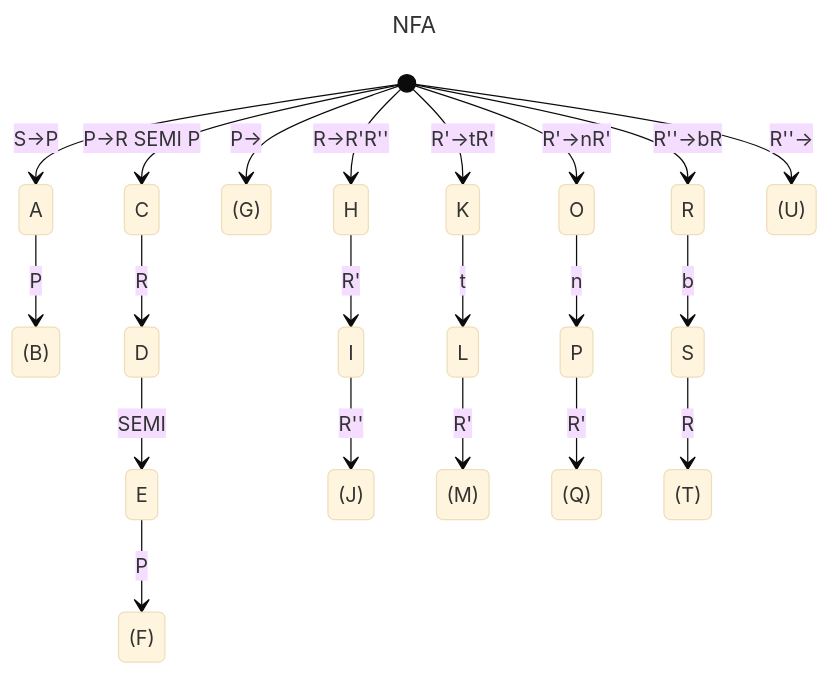
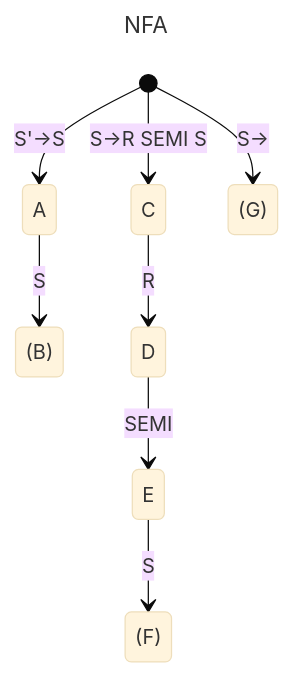
Before and after one commit to Bliztle/rantlr: the first of 2 diagrams in src/internal/parser/README.md, drawn with Mermaid (base theme). The commit also changed other lines of this file and 15 other files, not shown here.

````diff
--- a/src/internal/parser/README.md
+++ b/src/internal/parser/README.md
@@ -12,33 +55,15 @@
 ```mermaid
 ---
 title: NFA
 ---
 stateDiagram-v2
-[*] --> A : S->P
-A --> (B) : P
+[*] --> A : S'->S
+A --> (B) : S
 
-[*] --> C : P->R SEMI P
+[*] --> C : S->R SEMI S
 C --> D : R
 D --> E : SEMI
-E --> (F) : P
+E --> (F) : S
 
-[*] --> (G) : P->
-
-[*] --> H : R->R'R''
-H --> I : R'
-I --> (J) : R''
-
-[*] --> K : R'->tR'
-K --> L : t
-L --> (M) : R'
-
-[*] --> O : R'->nR'
-O --> P : n
-P --> (Q) : R'
-
-[*] --> R : R''->bR
-R --> S : b
-S --> (T) : R
-
-[*] --> (U) : R''->
+[*] --> (G) : S->
 ```
````
